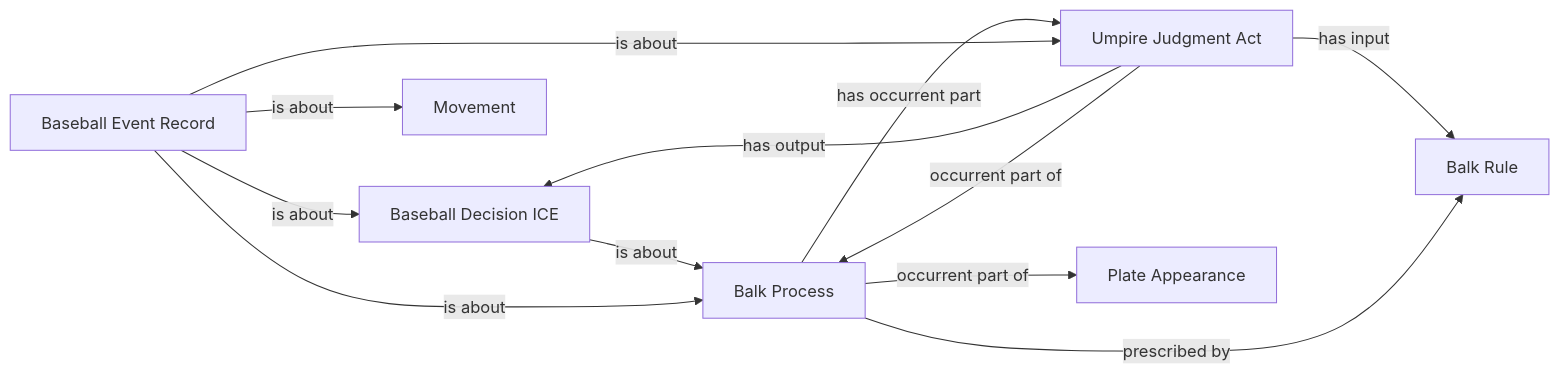
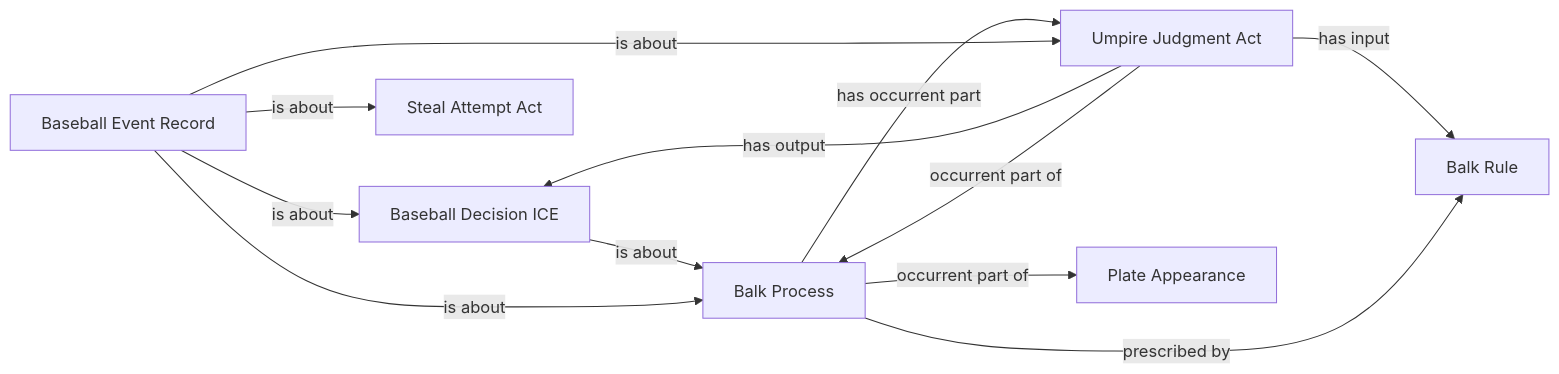
One commit to CarterBeauBenson/BaseballO changed the diagram in Baseball/mermaid/patterns/ontology/71-balk-runner-attribution.md. Above: the diagram before and after it, drawn with Mermaid. The commit also changed other lines of this file and 159 other files, not shown here.

````diff
--- a/Baseball/mermaid/patterns/ontology/71-balk-runner-attribution.md
+++ b/Baseball/mermaid/patterns/ontology/71-balk-runner-attribution.md
@@ -10,21 +10,21 @@
 ```mermaid
 flowchart LR
     N01["Balk Rule"]
     N02["Baseball Decision ICE"]
     N03["Umpire Judgment Act"]
     N04["Plate Appearance"]
     N05["Balk Process"]
-    N06["Movement"]
+    N06["Steal Attempt Act"]
     N07["Baseball Event Record"]
     N02 -->|is about| N05
     N03 -->|has input| N01
     N03 -->|has output| N02
     N03 -->|occurrent part of| N05
     N05 -->|has occurrent part| N03
     N05 -->|occurrent part of| N04
     N05 -->|prescribed by| N01
     N07 -->|is about| N02
     N07 -->|is about| N03
     N07 -->|is about| N05
     N07 -->|is about| N06
 ```
````
